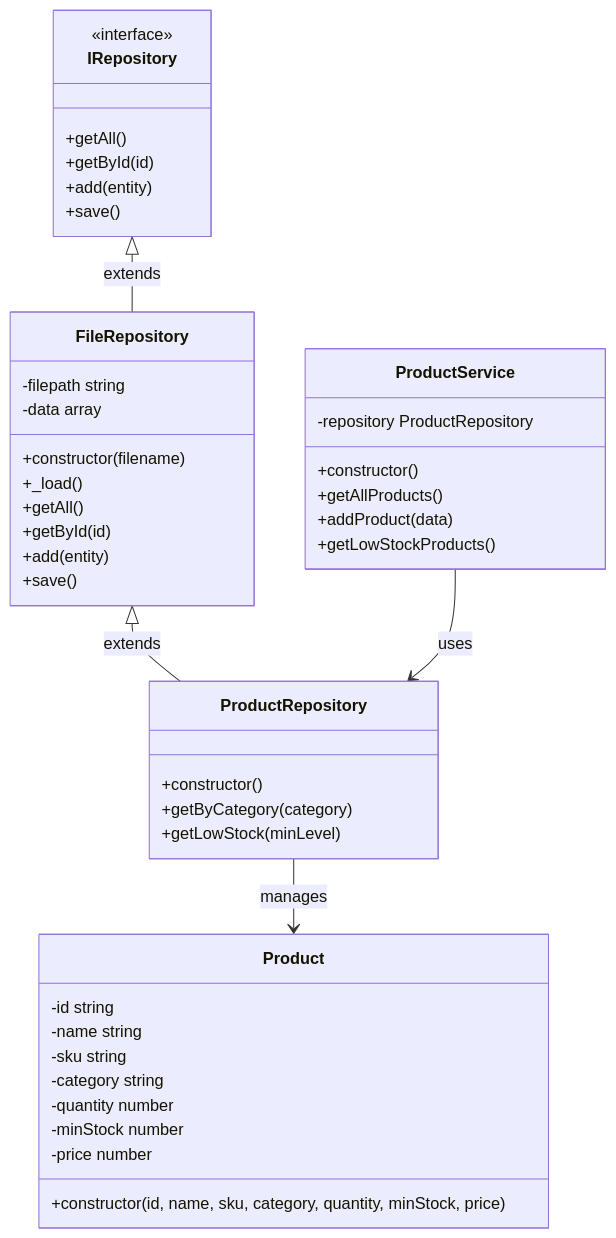
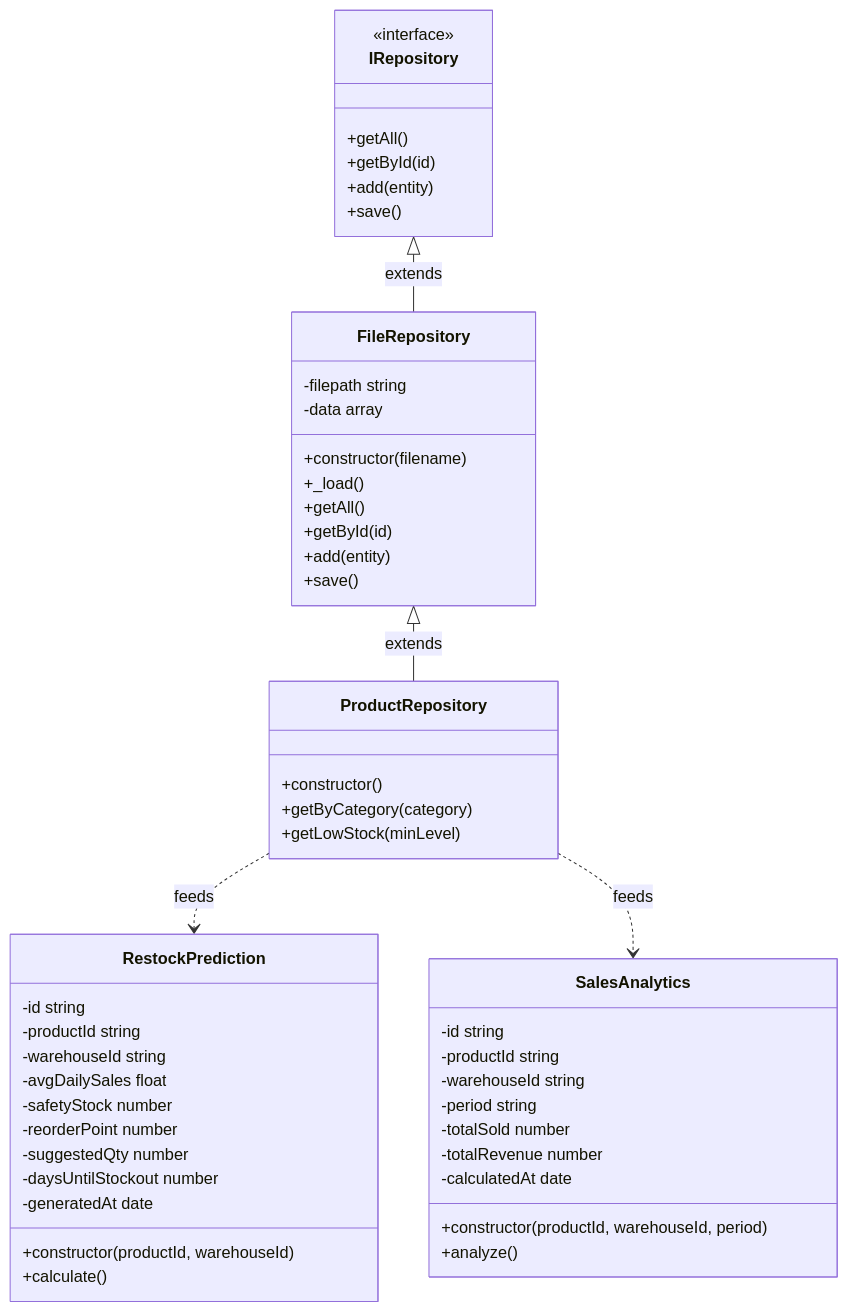
The fifth of 5 diagrams in Docs/class-diagram.md (Artiola0406/StockFlow), drawn with Mermaid before and after one commit. The commit also changed other lines of this file, not shown here.

Commit message:
docs: update class diagram with all 28 classes organized in 5 modules

````diff
--- a/Docs/class-diagram.md
+++ b/Docs/class-diagram.md
@@ -4,51 +269,54 @@
 ```mermaid
 classDiagram
-    class IRepository {
-        <<interface>>
-        +getAll()
-        +getById(id)
-        +add(entity)
-        +save()
-    }
+  class IRepository {
+    <<interface>>
+    +getAll()
+    +getById(id)
+    +add(entity)
+    +save()
+  }
+  class FileRepository {
+    -filepath string
+    -data array
+    +constructor(filename)
+    +_load()
+    +getAll()
+    +getById(id)
+    +add(entity)
+    +save()
+  }
+  class ProductRepository {
+    +constructor()
+    +getByCategory(category)
+    +getLowStock(minLevel)
+  }
+  class RestockPrediction {
+    -id string
+    -productId string
+    -warehouseId string
+    -avgDailySales float
+    -safetyStock number
+    -reorderPoint number
+    -suggestedQty number
+    -daysUntilStockout number
+    -generatedAt date
+    +constructor(productId, warehouseId)
+    +calculate()
+  }
+  class SalesAnalytics {
+    -id string
+    -productId string
+    -warehouseId string
+    -period string
+    -totalSold number
+    -totalRevenue number
+    -calculatedAt date
+    +constructor(productId, warehouseId, period)
+    +analyze()
+  }
 
-    class FileRepository {
-        -filepath string
-        -data array
-        +constructor(filename)
-        +_load()
-        +getAll()
-        +getById(id)
-        +add(entity)
-        +save()
-    }
-
-    class ProductRepository {
-        +constructor()
-        +getByCategory(category)
-        +getLowStock(minLevel)
-    }
-
-    class Product {
-        -id string
-        -name string
-        -sku string
-        -category string
-        -quantity number
-        -minStock number
-        -price number
-        +constructor(id, name, sku, category, quantity, minStock, price)
-    }
-
-    class ProductService {
-        -repository ProductRepository
-        +constructor()
-        +getAllProducts()
-        +addProduct(data)
-        +getLowStockProducts()
-    }
-
-    IRepository <|-- FileRepository : extends
-    FileRepository <|-- ProductRepository : extends
-    ProductRepository --> Product : manages
-    ProductService --> ProductRepository : uses
+  IRepository <|-- FileRepository : extends
+  FileRepository <|-- ProductRepository : extends
+  ProductRepository ..> RestockPrediction : feeds
+  ProductRepository ..> SalesAnalytics : feeds
 ```
````
